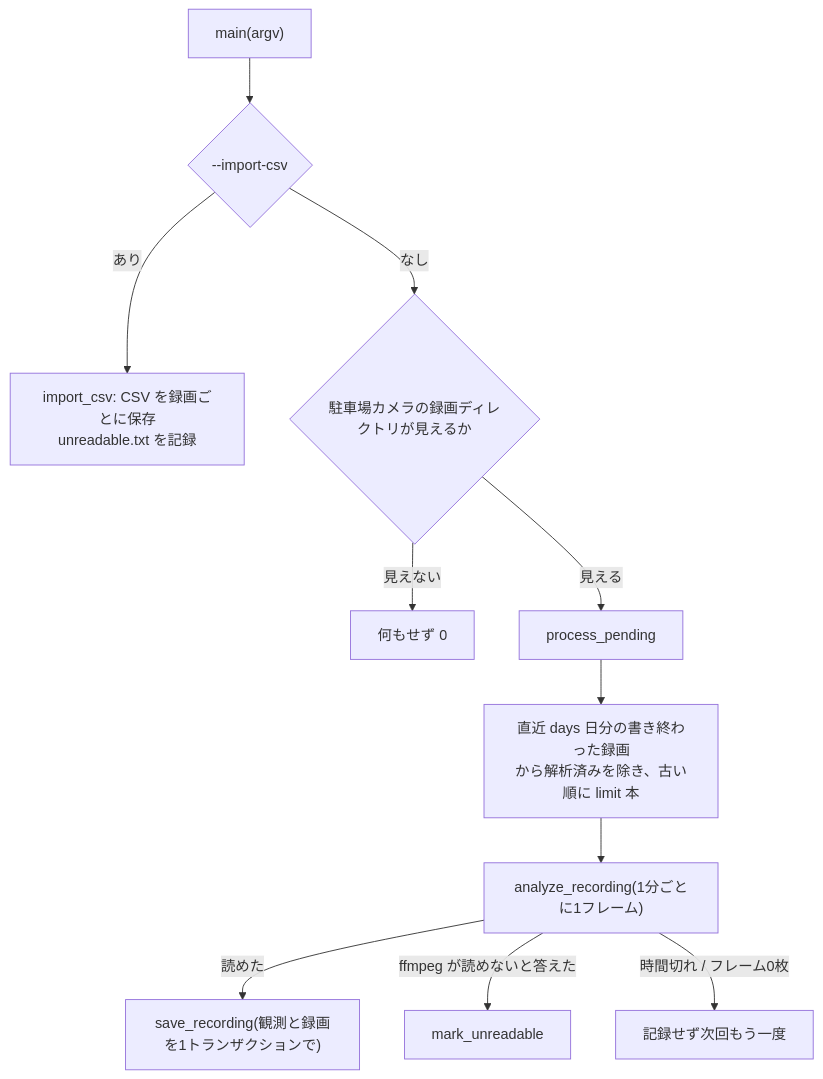
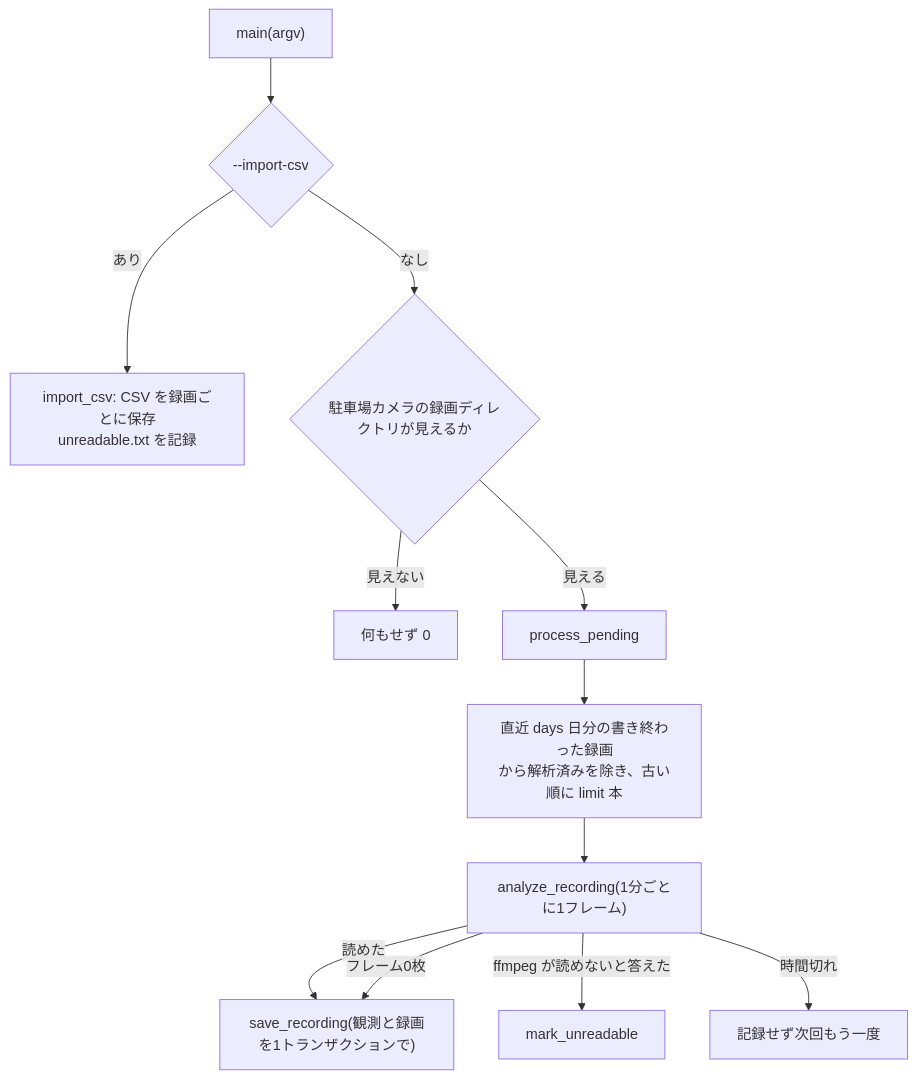
Before and after one commit to mmtigers/my_python_project: the first of 2 diagrams in docs/specifications/MY_HOME_SYSTEM/parking_occupancy_monitor.md, drawn with Mermaid. The commit also changed other lines of this file and 2 other files, not shown here.

````diff
--- a/docs/specifications/MY_HOME_SYSTEM/parking_occupancy_monitor.md
+++ b/docs/specifications/MY_HOME_SYSTEM/parking_occupancy_monitor.md
@@ -103,13 +103,14 @@
 ```mermaid
 flowchart TD
     A["main(argv)"] --> B{"--import-csv"}
     B -- "あり" --> I["import_csv: CSV を録画ごとに保存<br/>unreadable.txt を記録"]
     B -- "なし" --> C{"駐車場カメラの録画ディレクトリが見えるか"}
     C -- "見えない" --> Z["何もせず 0"]
     C -- "見える" --> D["process_pending"]
     D --> E["直近 days 日分の書き終わった録画<br/>から解析済みを除き、古い順に limit 本"]
     E --> F["analyze_recording(1分ごとに1フレーム)"]
     F -- "読めた" --> G["save_recording(観測と録画を1トランザクションで)"]
     F -- "ffmpeg が読めないと答えた" --> H["mark_unreadable"]
-    F -- "時間切れ / フレーム0枚" --> R["記録せず次回もう一度"]
+    F -- "フレーム0枚" --> G
+    F -- "時間切れ" --> R["記録せず次回もう一度"]
 ```
````
